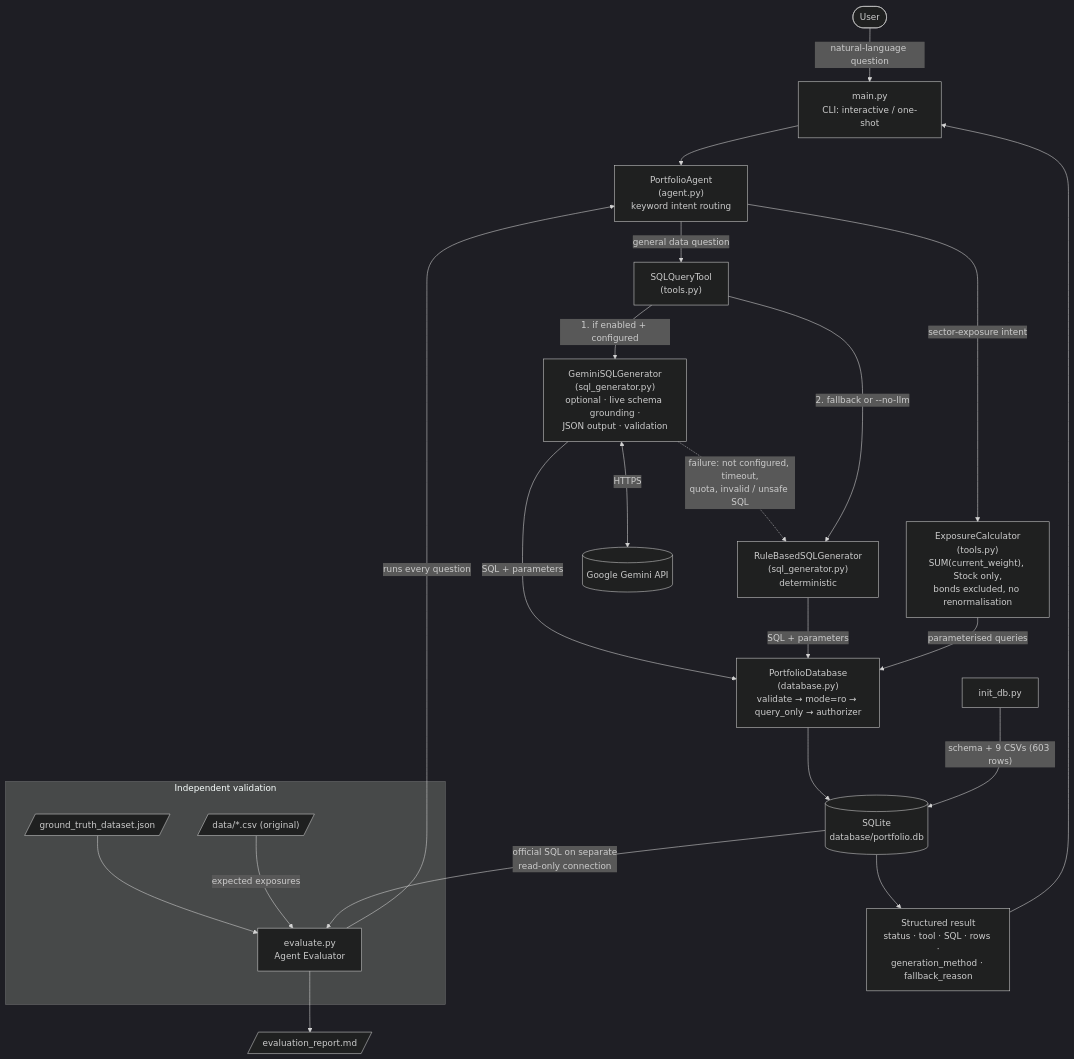
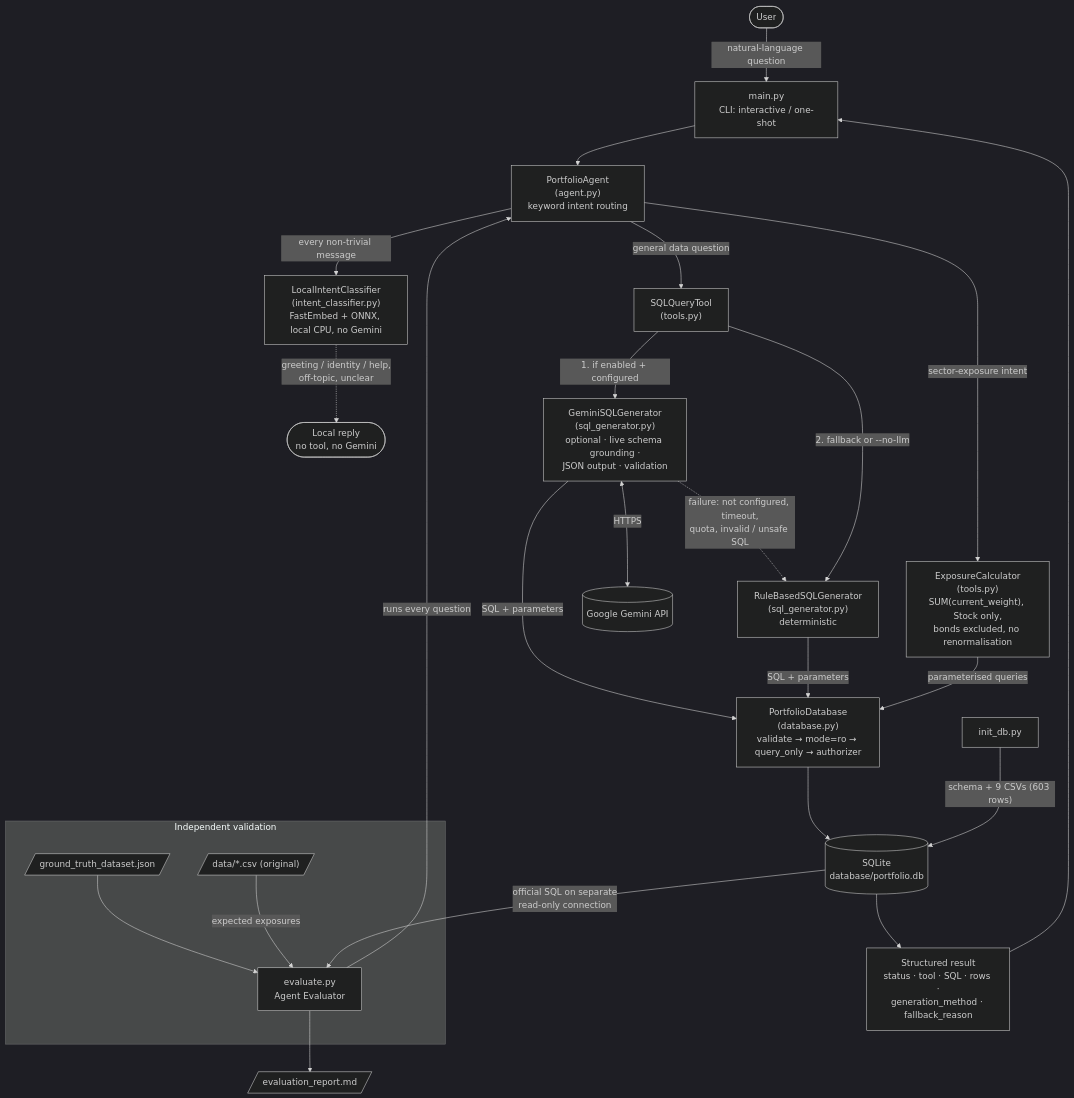
Before and after one commit to THRILL3R/pl-capital-ai-portfolio-analytics-agent: the diagram in README.md, drawn with Mermaid (dark theme). The commit also changed other lines of this file and 92 other files, not shown here.

````diff
--- a/README.md
+++ b/README.md
@@ -81,34 +105,36 @@
 ```mermaid
 flowchart TD
     U([User]) -->|natural-language question| CLI["main.py<br/>CLI: interactive / one-shot"]
     CLI --> AG["PortfolioAgent<br/>(agent.py)<br/>keyword intent routing"]
+    AG -->|"every non-trivial message"| IC["LocalIntentClassifier<br/>(intent_classifier.py)<br/>FastEmbed + ONNX, local CPU, no Gemini"]
+    IC -.->|"greeting / identity / help,<br/>off-topic, unclear"| LOC(["Local reply<br/>no tool, no Gemini"])
 
     AG -->|sector-exposure intent| EX["ExposureCalculator<br/>(tools.py)<br/>SUM(current_weight), Stock only,<br/>bonds excluded, no renormalisation"]
     AG -->|general data question| SQ["SQLQueryTool<br/>(tools.py)"]
 
     SQ -->|1. if enabled + configured| GM["GeminiSQLGenerator<br/>(sql_generator.py)<br/>optional · live schema grounding ·<br/>JSON output · validation"]
     GM -.->|"failure: not configured, timeout,<br/>quota, invalid / unsafe SQL"| RB
     SQ -->|2. fallback or --no-llm| RB["RuleBasedSQLGenerator<br/>(sql_generator.py)<br/>deterministic"]
     GM <-->|HTTPS| API[(Google Gemini API)]
 
     GM -->|"SQL + parameters"| DB
     RB -->|"SQL + parameters"| DB
     EX -->|parameterised queries| DB
     DB["PortfolioDatabase<br/>(database.py)<br/>validate → mode=ro → query_only → authorizer"] --> SL[("SQLite<br/>database/portfolio.db")]
 
     SL --> RES["Structured result<br/>status · tool · SQL · rows ·<br/>generation_method · fallback_reason"]
     RES --> CLI
 
     INIT["init_db.py"] -->|"schema + 9 CSVs (603 rows)"| SL
 
     subgraph VAL ["Independent validation"]
         EV["evaluate.py<br/>Agent Evaluator"]
         GT[/"ground_truth_dataset.json"/]
         CSV[/"data/*.csv (original)"/]
     end
     GT --> EV
     CSV -->|expected exposures| EV
     SL -->|"official SQL on separate<br/>read-only connection"| EV
     EV -->|runs every question| AG
     EV --> REP[/"evaluation_report.md"/]
 ```
````
